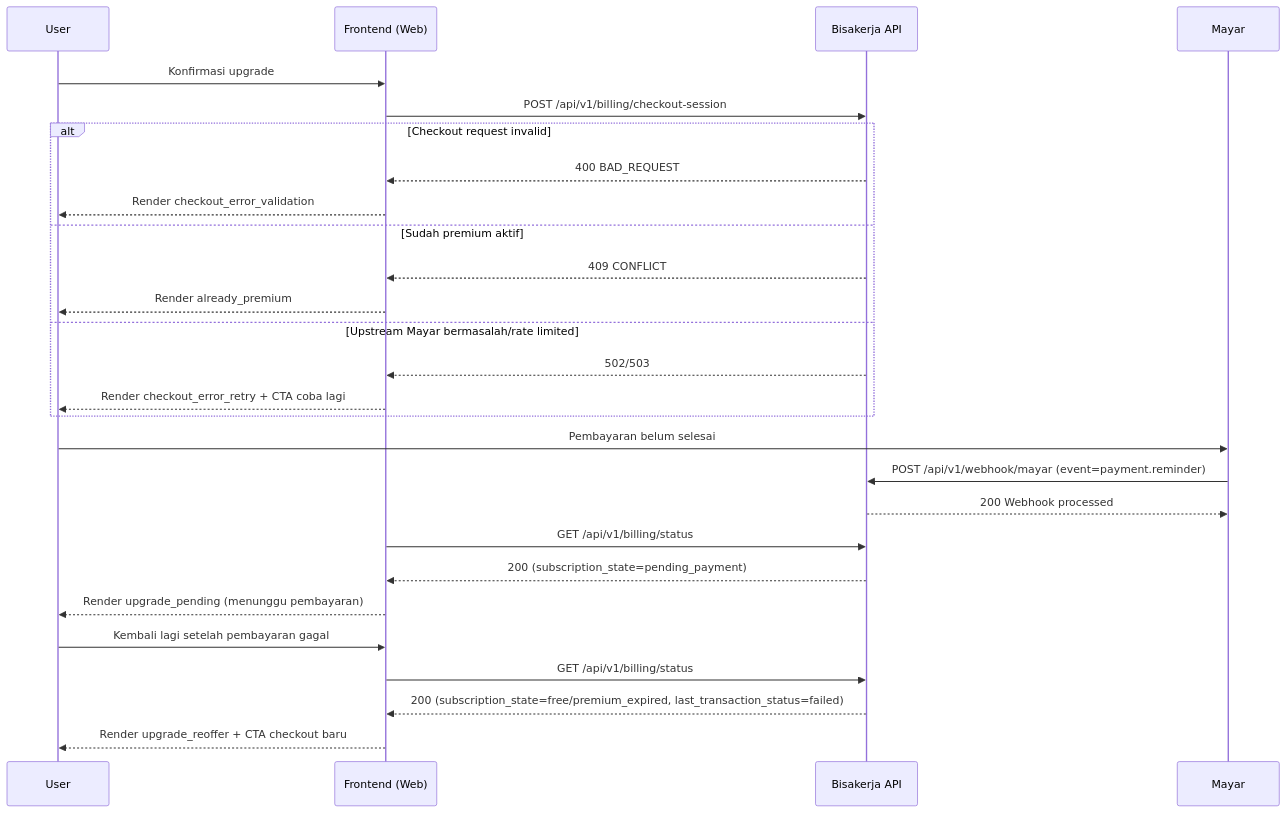
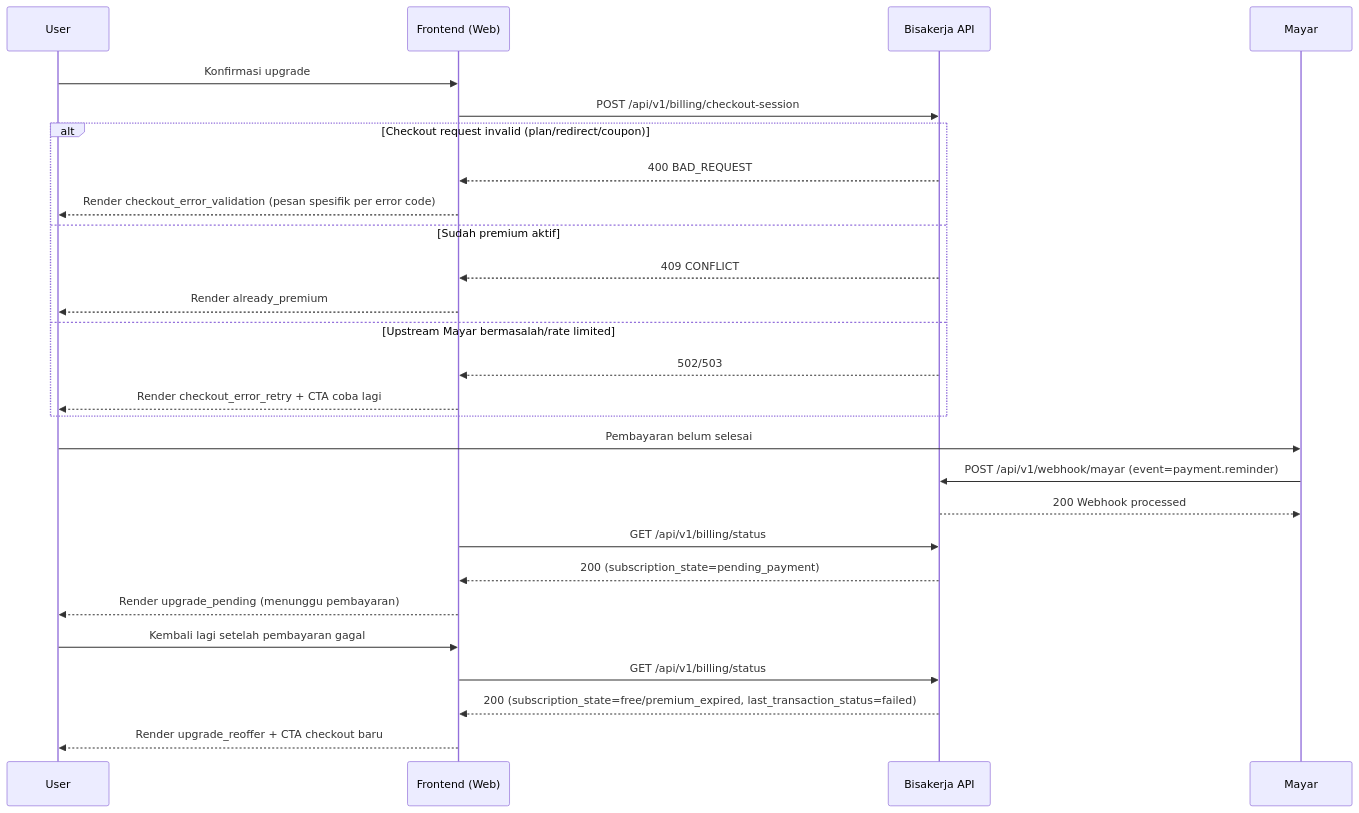
One commit to salmanabdurrahman/bisakerja.com changed the second of 2 diagrams in docs/frontend/flows/upgrade-billing-flow.md. Above: the diagram before and after it, drawn with Mermaid. The commit also changed other lines of this file and 11 other files, not shown here.

Commit message:
feat(billing): implement coupon code support in checkout process

````diff
--- a/docs/frontend/flows/upgrade-billing-flow.md
+++ b/docs/frontend/flows/upgrade-billing-flow.md
@@ -41,33 +41,33 @@
 ```mermaid
 sequenceDiagram
   participant U as User
   participant FE as Frontend (Web)
   participant API as Bisakerja API
   participant M as Mayar
 
   U->>FE: Konfirmasi upgrade
   FE->>API: POST /api/v1/billing/checkout-session
 
-  alt Checkout request invalid
+  alt Checkout request invalid (plan/redirect/coupon)
     API-->>FE: 400 BAD_REQUEST
-    FE-->>U: Render checkout_error_validation
+    FE-->>U: Render checkout_error_validation (pesan spesifik per error code)
   else Sudah premium aktif
     API-->>FE: 409 CONFLICT
     FE-->>U: Render already_premium
   else Upstream Mayar bermasalah/rate limited
     API-->>FE: 502/503
     FE-->>U: Render checkout_error_retry + CTA coba lagi
   end
 
   U->>M: Pembayaran belum selesai
   M->>API: POST /api/v1/webhook/mayar (event=payment.reminder)
   API-->>M: 200 Webhook processed
   FE->>API: GET /api/v1/billing/status
   API-->>FE: 200 (subscription_state=pending_payment)
   FE-->>U: Render upgrade_pending (menunggu pembayaran)
 
   U->>FE: Kembali lagi setelah pembayaran gagal
   FE->>API: GET /api/v1/billing/status
   API-->>FE: 200 (subscription_state=free/premium_expired, last_transaction_status=failed)
   FE-->>U: Render upgrade_reoffer + CTA checkout baru
 ```
````
